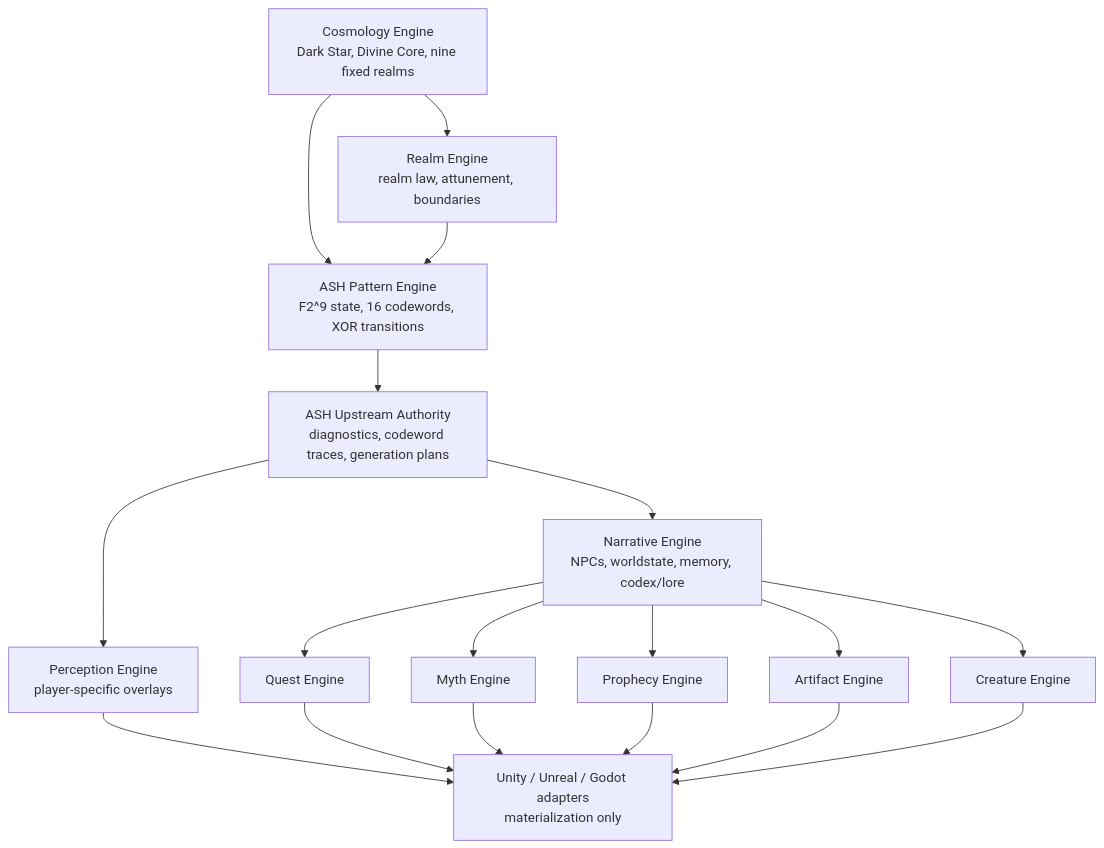
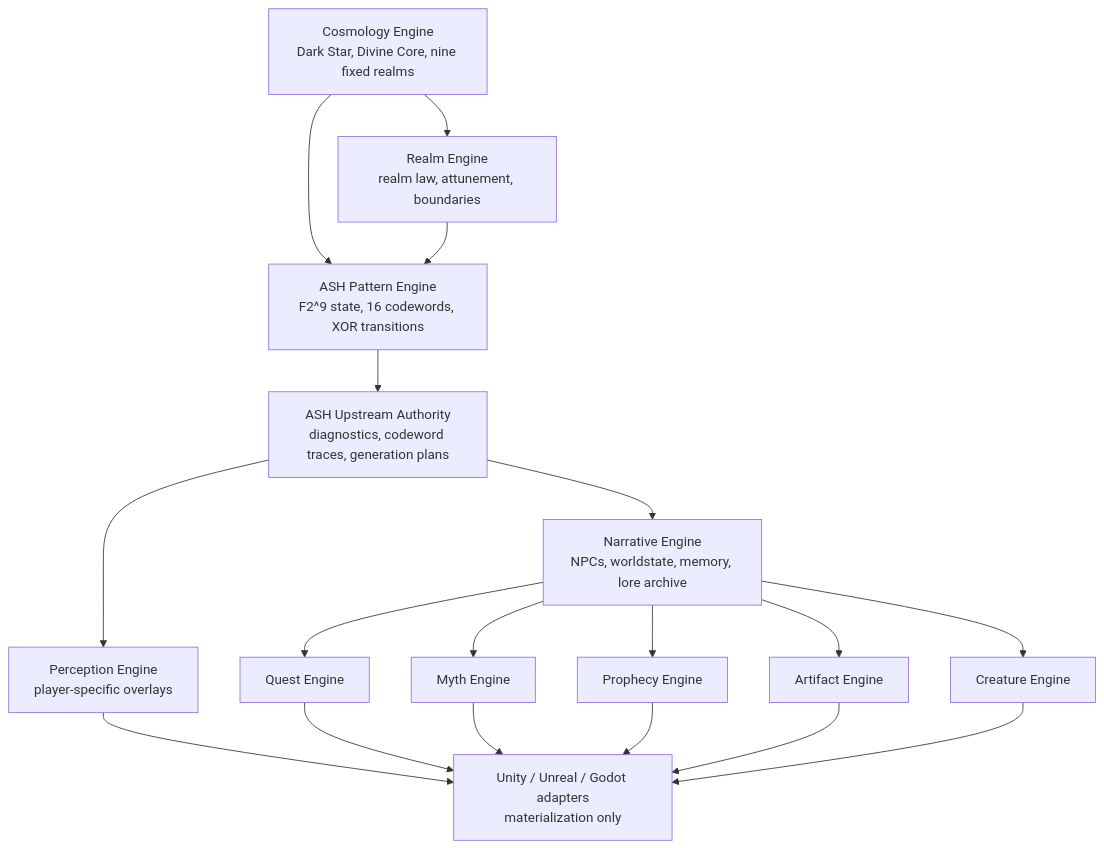
Before and after one commit to flynn33/yggdrasil-world-engine: the first of 2 diagrams in README.md, drawn with Mermaid. The commit also changed other lines of this file and 199 other files, not shown here.

````diff
--- a/README.md
+++ b/README.md
@@ -202,33 +202,33 @@
 ```mermaid
 flowchart TB
   Cosmology["Cosmology Engine<br/>Dark Star, Divine Core, nine fixed realms"]
   Realm["Realm Engine<br/>realm law, attunement, boundaries"]
   ASH["ASH Pattern Engine<br/>F2^9 state, 16 codewords, XOR transitions"]
   Upstream["ASH Upstream Authority<br/>diagnostics, codeword traces, generation plans"]
-  Narrative["Narrative Engine<br/>NPCs, worldstate, memory, codex/lore"]
+  Narrative["Narrative Engine<br/>NPCs, worldstate, memory, lore archive"]
   Perception["Perception Engine<br/>player-specific overlays"]
   Quest["Quest Engine"]
   Myth["Myth Engine"]
   Prophecy["Prophecy Engine"]
   Artifact["Artifact Engine"]
   Creature["Creature Engine"]
   Adapters["Unity / Unreal / Godot adapters<br/>materialization only"]
 
   Cosmology --> Realm
   Cosmology --> ASH
   Realm --> ASH
   ASH --> Upstream
   Upstream --> Narrative
   Upstream --> Perception
   Narrative --> Quest
   Narrative --> Myth
   Narrative --> Prophecy
   Narrative --> Artifact
   Narrative --> Creature
   Perception --> Adapters
   Quest --> Adapters
   Myth --> Adapters
   Prophecy --> Adapters
   Artifact --> Adapters
   Creature --> Adapters
 ```
````
